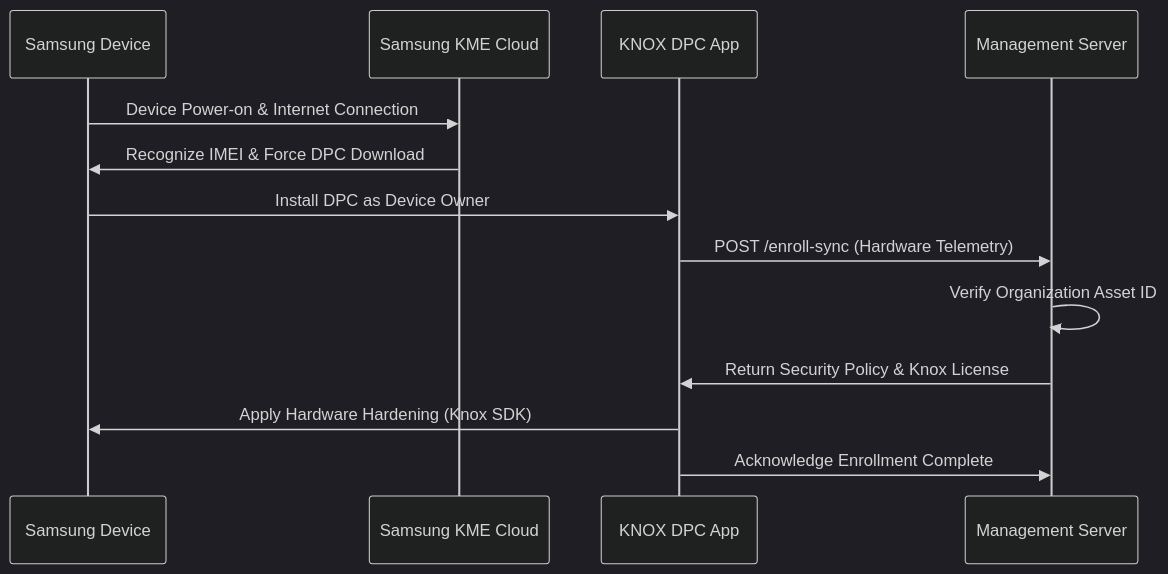
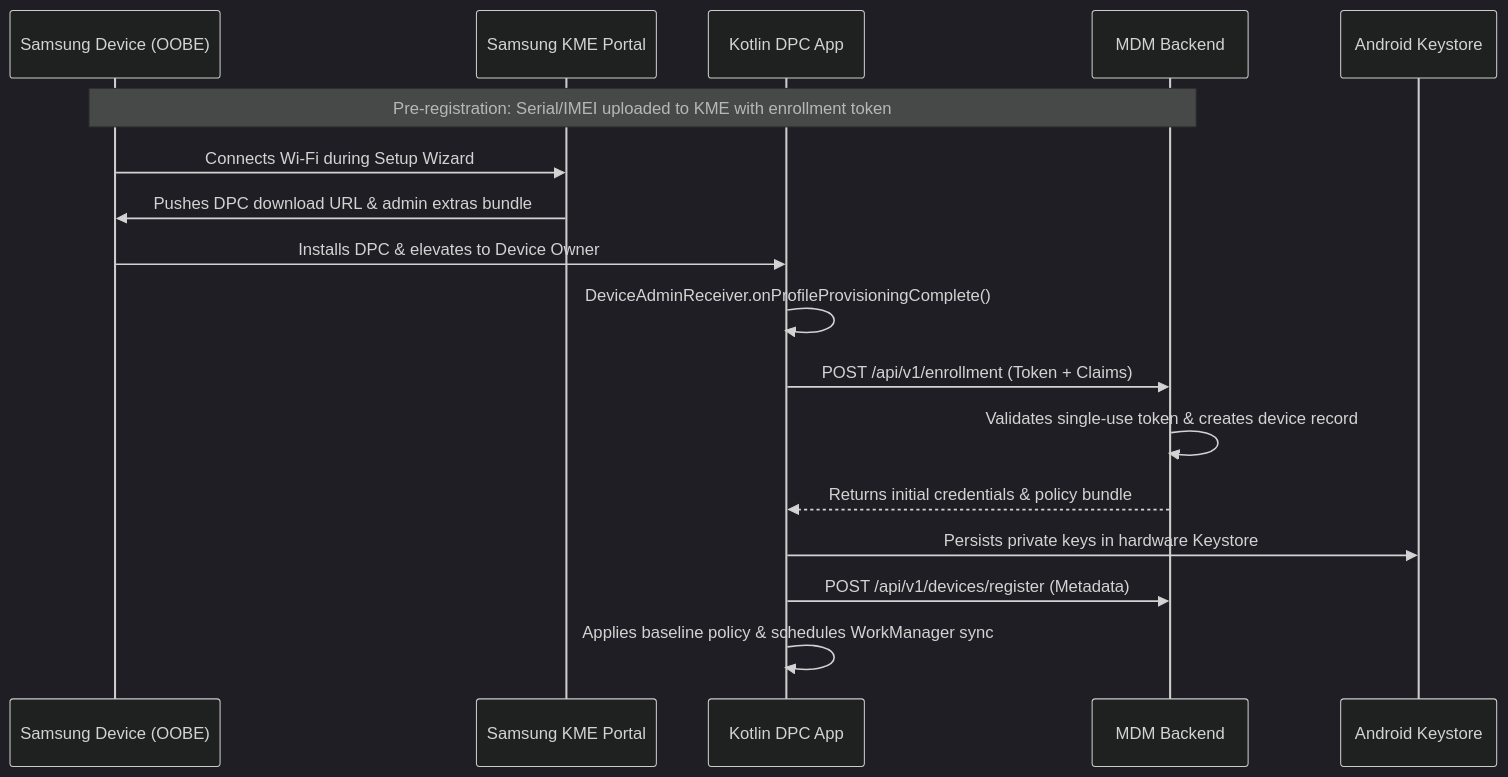
The first of 4 diagrams in docs/02_Architecture/Operational_Flows.md (NEXIVO-COMPANY-LIMITED/KNOX), drawn with Mermaid (dark theme) before and after one commit. The commit also changed other lines of this file and 15 other files, not shown here.

Commit message:
docs: Add Backend Developer Handoff Guide and update Knox API Portal specs

````diff
--- a/docs/02_Architecture/Operational_Flows.md
+++ b/docs/02_Architecture/Operational_Flows.md
@@ -6,16 +6,20 @@
 ```mermaid
 sequenceDiagram
-    participant Device as Samsung Device
-    participant KME as Samsung KME Cloud
-    participant DPC as KNOX DPC App
-    participant Server as Management Server
+    participant Device as Samsung Device (OOBE)
+    participant KME as Samsung KME Portal
+    participant DPC as Kotlin DPC App
+    participant Backend as MDM Backend
+    participant Keystore as Android Keystore
 
-    Device->>KME: Device Power-on & Internet Connection
-    KME->>Device: Recognize IMEI & Force DPC Download
-    Device->>DPC: Install DPC as Device Owner
-    DPC->>Server: POST /enroll-sync (Hardware Telemetry)
-    Server->>Server: Verify Organization Asset ID
-    Server->>DPC: Return Security Policy & Knox License
-    DPC->>Device: Apply Hardware Hardening (Knox SDK)
-    DPC->>Server: Acknowledge Enrollment Complete
+    Note over Device,Backend: Pre-registration: Serial/IMEI uploaded to KME with enrollment token
+    Device->>KME: Connects Wi-Fi during Setup Wizard
+    KME->>Device: Pushes DPC download URL & admin extras bundle
+    Device->>DPC: Installs DPC & elevates to Device Owner
+    DPC->>DPC: DeviceAdminReceiver.onProfileProvisioningComplete()
+    DPC->>Backend: POST /api/v1/enrollment (Token + Claims)
+    Backend->>Backend: Validates single-use token & creates device record
+    Backend-->>DPC: Returns initial credentials & policy bundle
+    DPC->>Keystore: Persists private keys in hardware Keystore
+    DPC->>Backend: POST /api/v1/devices/register (Metadata)
+    DPC->>DPC: Applies baseline policy & schedules WorkManager sync
 ```
````
